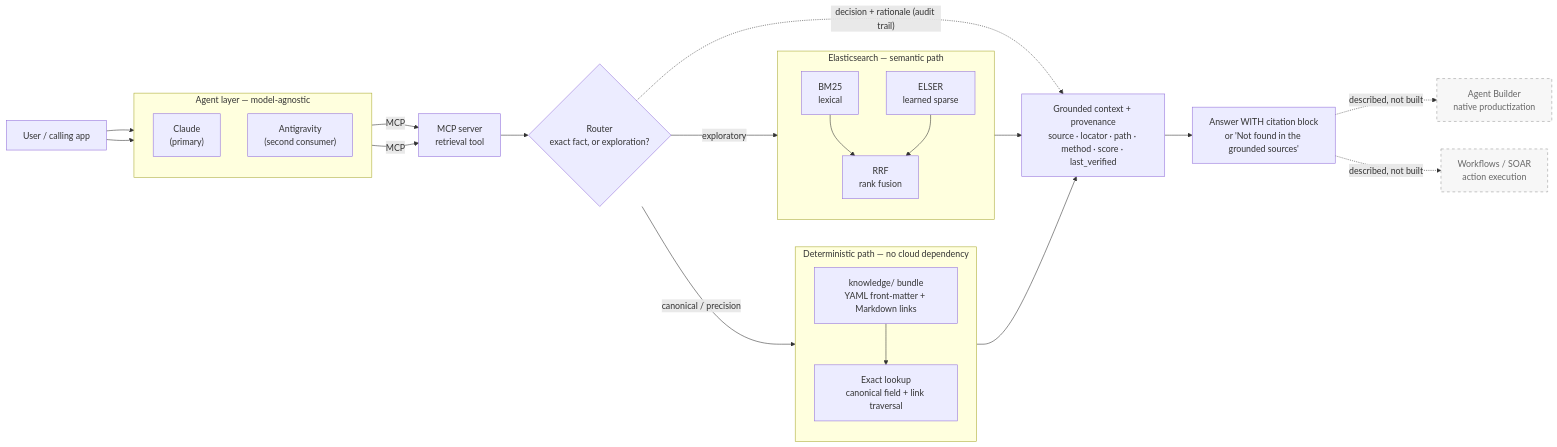
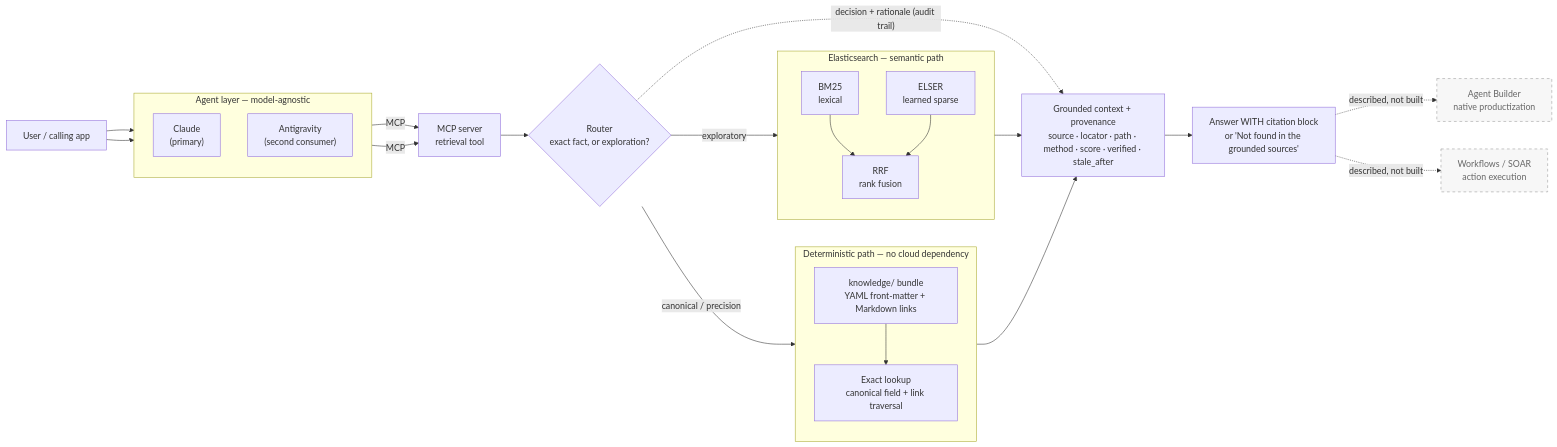
One commit to cdevarenne/grounded-context changed the diagram in README.md. Above: the diagram before and after it, drawn with Mermaid. The commit also changed other lines of this file and 4 other files, not shown here.

````diff
--- a/README.md
+++ b/README.md
@@ -41,52 +41,52 @@
 ```mermaid
 flowchart LR
     U["User / calling app"]
 
     subgraph AGENT["Agent layer — model-agnostic"]
         direction TB
         CL["Claude<br/>(primary)"]
         AV["Antigravity<br/>(second consumer)"]
     end
 
     M["MCP server<br/>retrieval tool"]
     R{"Router<br/>exact fact, or exploration?"}
 
     subgraph DET["Deterministic path — no cloud dependency"]
         direction TB
         KB["knowledge/ bundle<br/>YAML front-matter + Markdown links"]
         LK["Exact lookup<br/>canonical field + link traversal"]
         KB --> LK
     end
 
     subgraph ES["Elasticsearch — semantic path"]
         direction TB
         BM["BM25<br/>lexical"]
         EL["ELSER<br/>learned sparse"]
         HF["RRF<br/>rank fusion"]
         BM --> HF
         EL --> HF
     end
 
-    G["Grounded context + provenance<br/>source · locator · path · method · score · last_verified"]
+    G["Grounded context + provenance<br/>source · locator · path · method · score · verified · stale_after"]
     A["Answer WITH citation block<br/>or 'Not found in the grounded sources'"]
 
     AB["Agent Builder<br/>native productization"]
     WF["Workflows / SOAR<br/>action execution"]
 
     U --> CL
     U --> AV
     CL -->|MCP| M
     AV -->|MCP| M
     M --> R
     R -->|"canonical / precision"| DET
     R -->|"exploratory"| ES
     LK --> G
     HF --> G
     R -.->|"decision + rationale (audit trail)"| G
     G --> A
     A -.->|described, not built| AB
     A -.->|described, not built| WF
 
     classDef notbuilt fill:#f7f7f7,stroke:#999,stroke-dasharray:5 5,color:#666;
     class AB,WF notbuilt;
 ```
````
